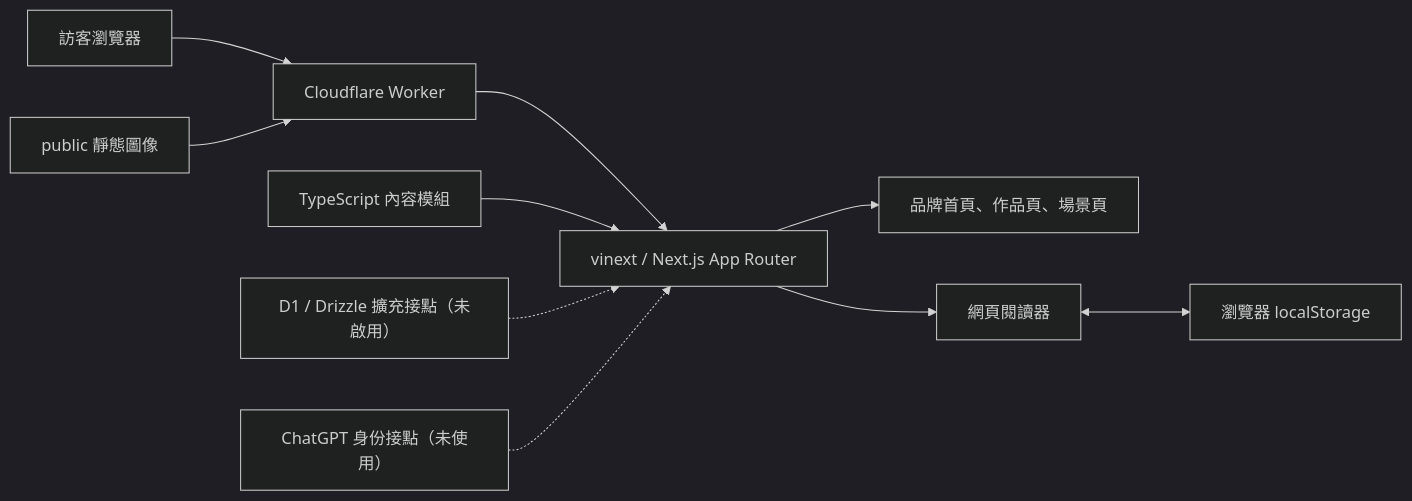
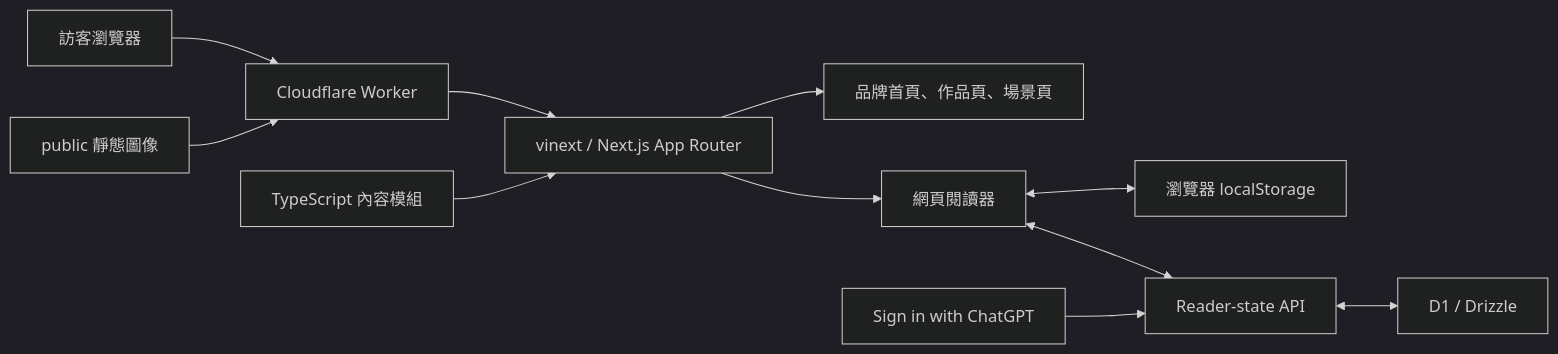
The diagram in docs/technical-architecture.md (TavisLi/yunsheng-works), drawn with Mermaid (dark theme) before and after one commit. The commit also changed other lines of this file and 24 other files, not shown here.

````diff
--- a/docs/technical-architecture.md
+++ b/docs/technical-architecture.md
@@ -15,12 +15,13 @@
 ```mermaid
 flowchart LR
     V["訪客瀏覽器"] --> W["Cloudflare Worker"]
     W --> R["vinext / Next.js App Router"]
     R --> P["品牌首頁、作品頁、場景頁"]
     R --> G["網頁閱讀器"]
     C["TypeScript 內容模組"] --> R
     A["public 靜態圖像"] --> W
     G <--> L["瀏覽器 localStorage"]
-    D["D1 / Drizzle 擴充接點（未啟用）"] -.-> R
-    I["ChatGPT 身份接點（未使用）"] -.-> R
+    G <--> S["Reader-state API"]
+    S <--> D["D1 / Drizzle"]
+    I["Sign in with ChatGPT"] --> S
 ```
````
